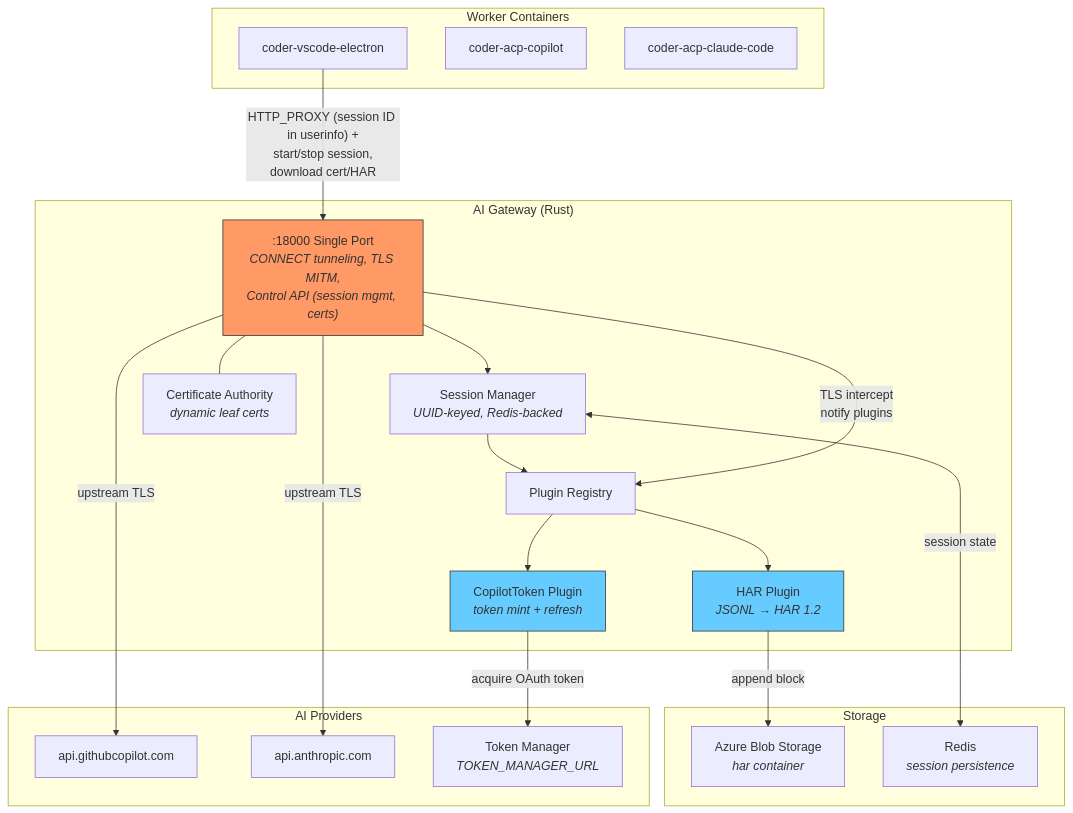
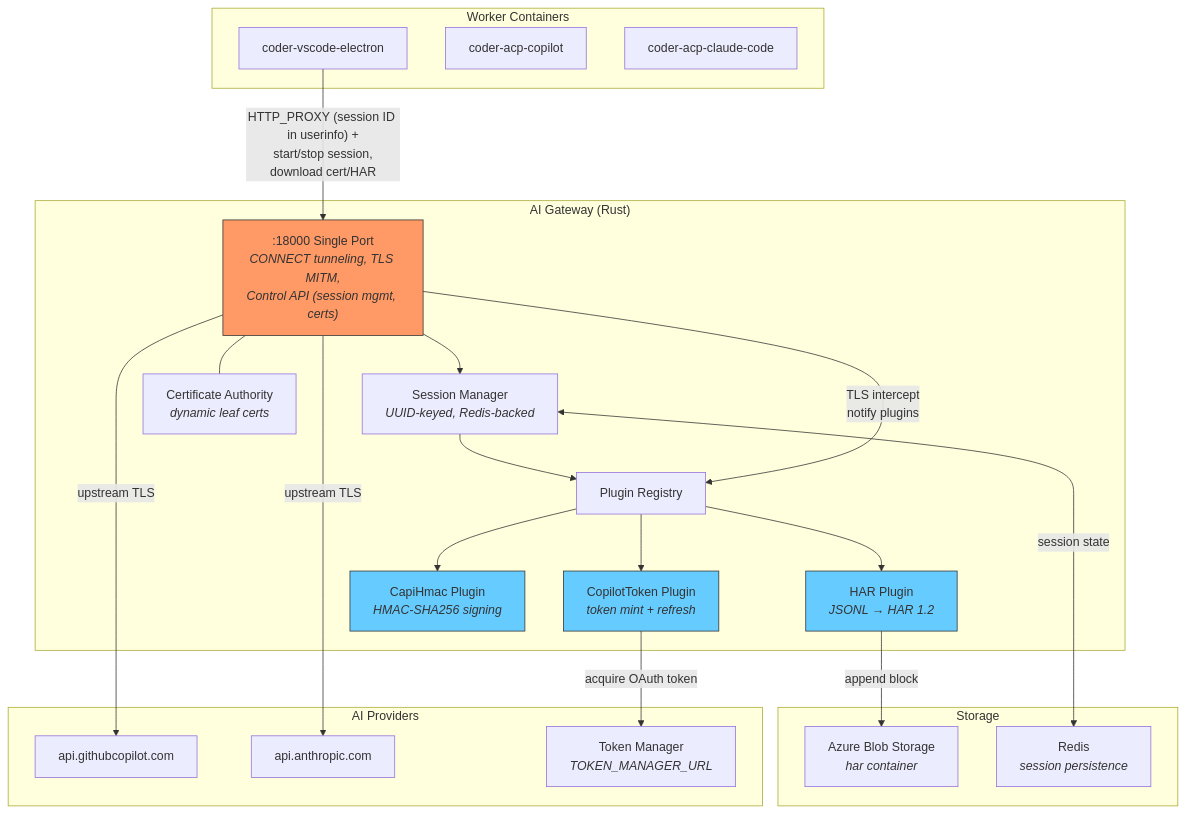
Before and after one commit to Gile987/scope: the first of 5 diagrams in docs/architecture/ai-gateway.md, drawn with Mermaid. The commit also changed other lines of this file and 7 other files, not shown here.

First line of the commit message:
feat(gateway): add CAPI HMAC signing plugin (#1299)

````diff
--- a/docs/architecture/ai-gateway.md
+++ b/docs/architecture/ai-gateway.md
@@ -23,45 +23,48 @@
 ```mermaid
 flowchart TB
     subgraph Workers["Worker Containers"]
         W1["coder-vscode-electron"]
         W2["coder-acp-copilot"]
         W3["coder-acp-claude-code"]
     end
 
     subgraph GW["AI Gateway (Rust)"]
         PX[":18000 Single Port<br/><i>CONNECT tunneling, TLS MITM,<br/>Control API (session mgmt, certs)</i>"]
         SM["Session Manager<br/><i>UUID-keyed, Redis-backed</i>"]
         PR["Plugin Registry"]
         HAR["HAR Plugin<br/><i>JSONL → HAR 1.2</i>"]
         CT["CopilotToken Plugin<br/><i>token mint + refresh</i>"]
+        HMAC["CapiHmac Plugin<br/><i>HMAC-SHA256 signing</i>"]
         CA["Certificate Authority<br/><i>dynamic leaf certs</i>"]
     end
 
     subgraph Storage["Storage"]
         BLOB["Azure Blob Storage<br/><i>har container</i>"]
         REDIS["Redis<br/><i>session persistence</i>"]
     end
 
     subgraph Upstream["AI Providers"]
         GH["api.githubcopilot.com"]
         AN["api.anthropic.com"]
         TM["Token Manager<br/><i>TOKEN_MANAGER_URL</i>"]
     end
 
     W1 -->|"HTTP_PROXY (session ID in userinfo) +<br/>start/stop session,<br/>download cert/HAR"| PX
     PX --> SM
     SM --> PR
     SM <-->|"session state"| REDIS
     PR --> HAR
     PR --> CT
+    PR --> HMAC
     HAR -->|"append block"| BLOB
     CT -->|"acquire OAuth token"| TM
     PX -->|"TLS intercept<br/>notify plugins"| PR
     PX -->|"upstream TLS"| GH
     PX -->|"upstream TLS"| AN
     PX --- CA
 
     style PX fill:#f96,stroke:#333
     style HAR fill:#6cf,stroke:#333
     style CT fill:#6cf,stroke:#333
+    style HMAC fill:#6cf,stroke:#333
 ```
````
